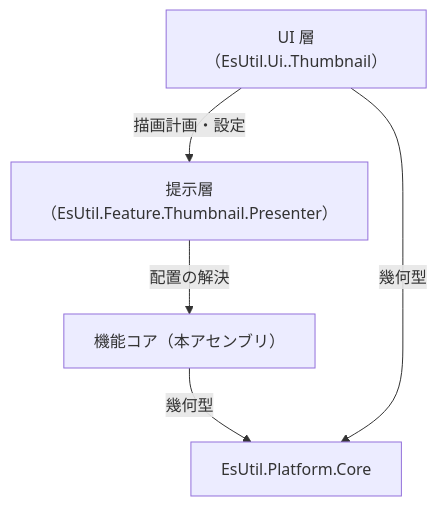
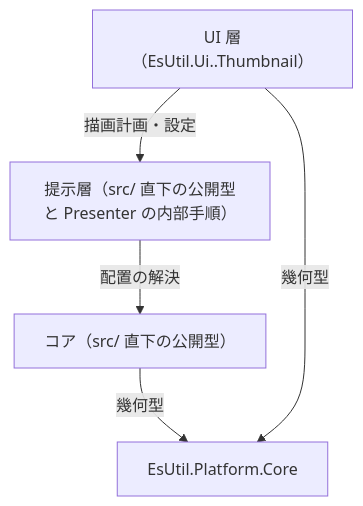
The first of 3 diagrams in EsUtil/Feature.Thumbnail.Core/docs/SPEC_System.md (tomokuni/EsUtil), drawn with Mermaid before and after one commit. The commit also changed other lines of this file and 296 other files, not shown here.

````diff
--- a/EsUtil/Feature.Thumbnail.Core/docs/SPEC_System.md
+++ b/EsUtil/Feature.Thumbnail.Core/docs/SPEC_System.md
@@ -40,12 +40,12 @@
 ```mermaid
 flowchart TD
     UI["UI 層（EsUtil.Ui.<UI>.Thumbnail）"]
-    Presenter["提示層（EsUtil.Feature.Thumbnail.Presenter）"]
-    Core["機能コア（本アセンブリ）"]
+    Presenter["提示層（src/ 直下の公開型と Presenter の内部手順）"]
+    Core["コア（src/ 直下の公開型）"]
     Platform["EsUtil.Platform.Core"]
 
     UI -->|描画計画・設定| Presenter
     Presenter -->|配置の解決| Core
     Core -->|幾何型| Platform
     UI -->|幾何型| Platform
 ```
````
